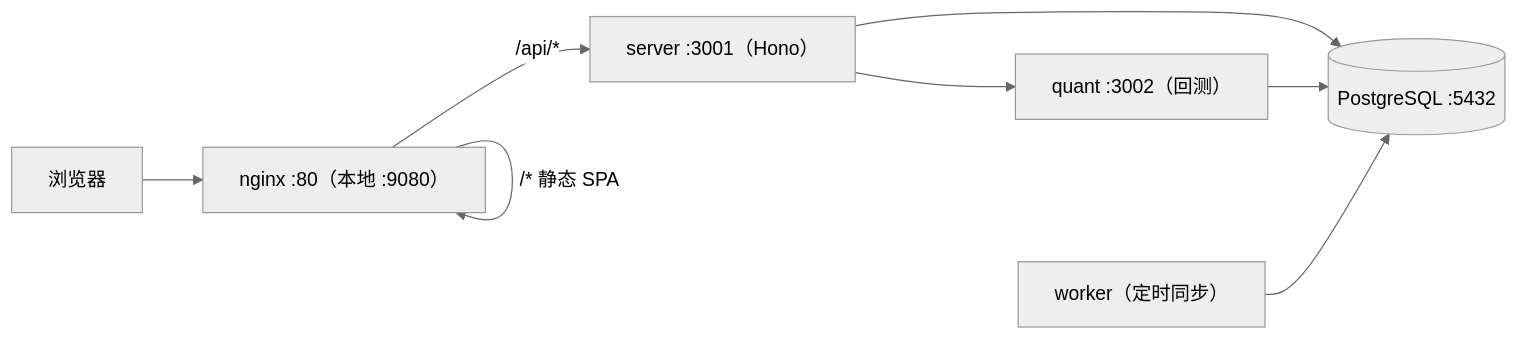
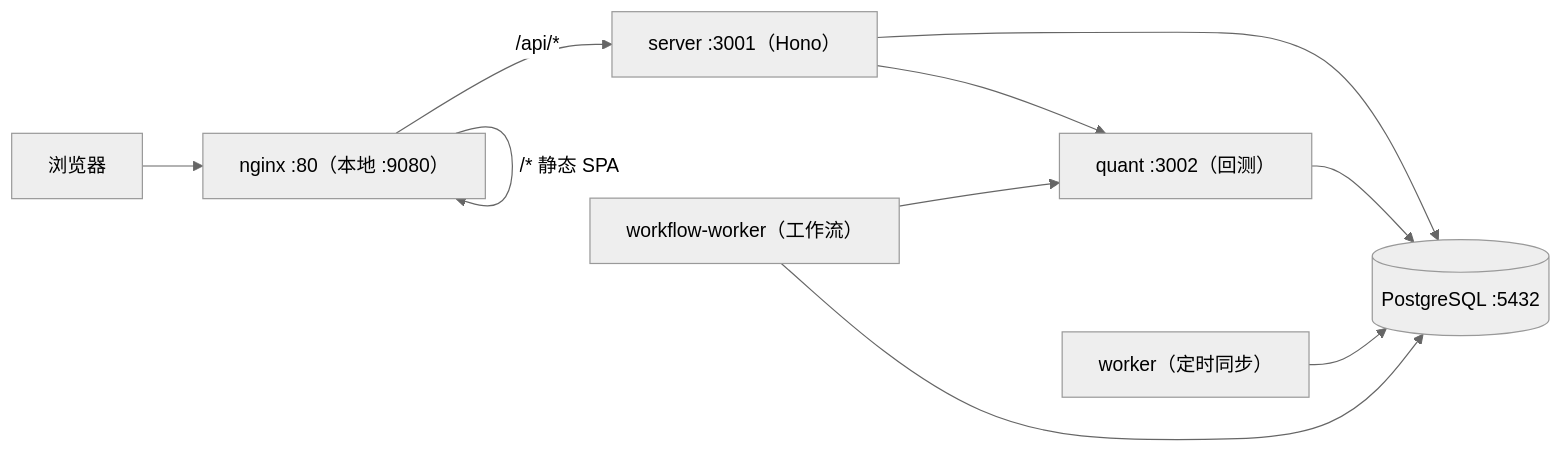
The first of 3 diagrams in docs/README.md (fzdfy/ai-trader), drawn with Mermaid (neutral theme) before and after one commit. The commit also changed other lines of this file and 408 other files, not shown here.

````diff
--- a/docs/README.md
+++ b/docs/README.md
@@ -22,10 +22,12 @@
 ```mermaid
 flowchart LR
   U[浏览器] --> N["nginx :80（本地 :9080）"]
   N -- "/* 静态 SPA" --> N
   N -- "/api/*" --> S["server :3001（Hono）"]
   S --> PG[("PostgreSQL :5432")]
   S --> Q["quant :3002（回测）"]
   Q --> PG
   W["worker（定时同步）"] --> PG
+  WW["workflow-worker（工作流）"] --> PG
+  WW --> Q
 ```
````
